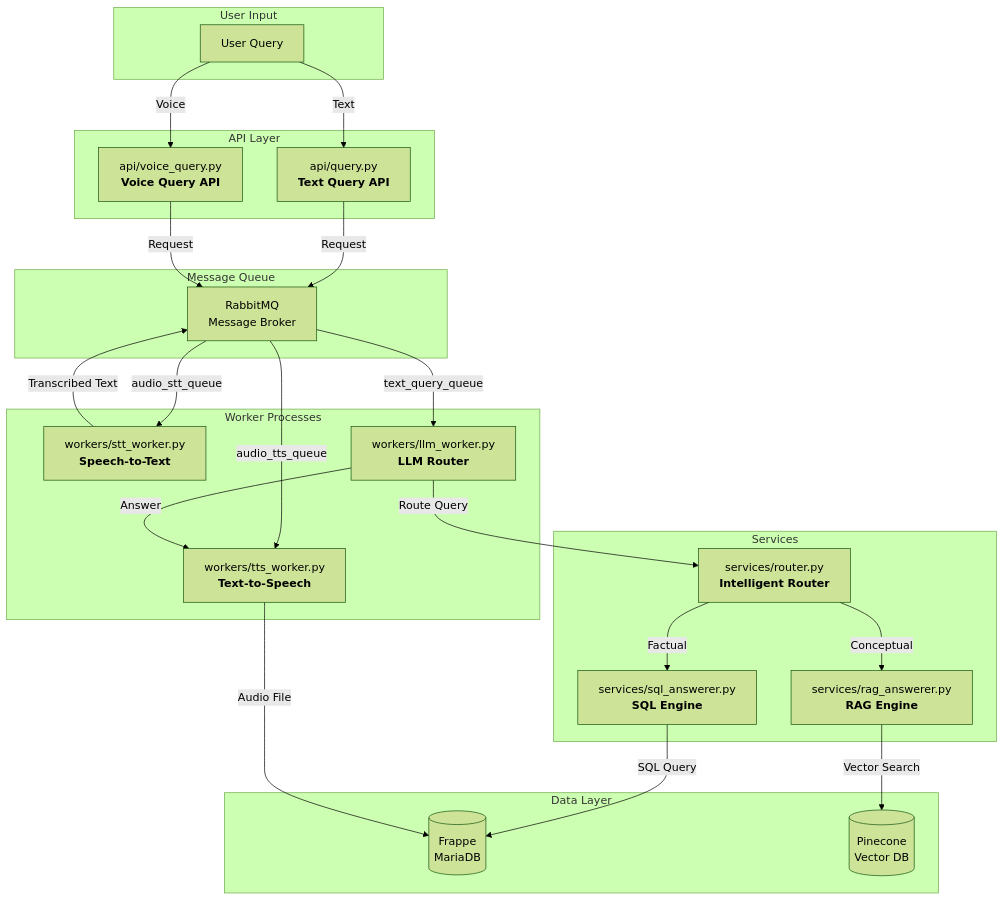
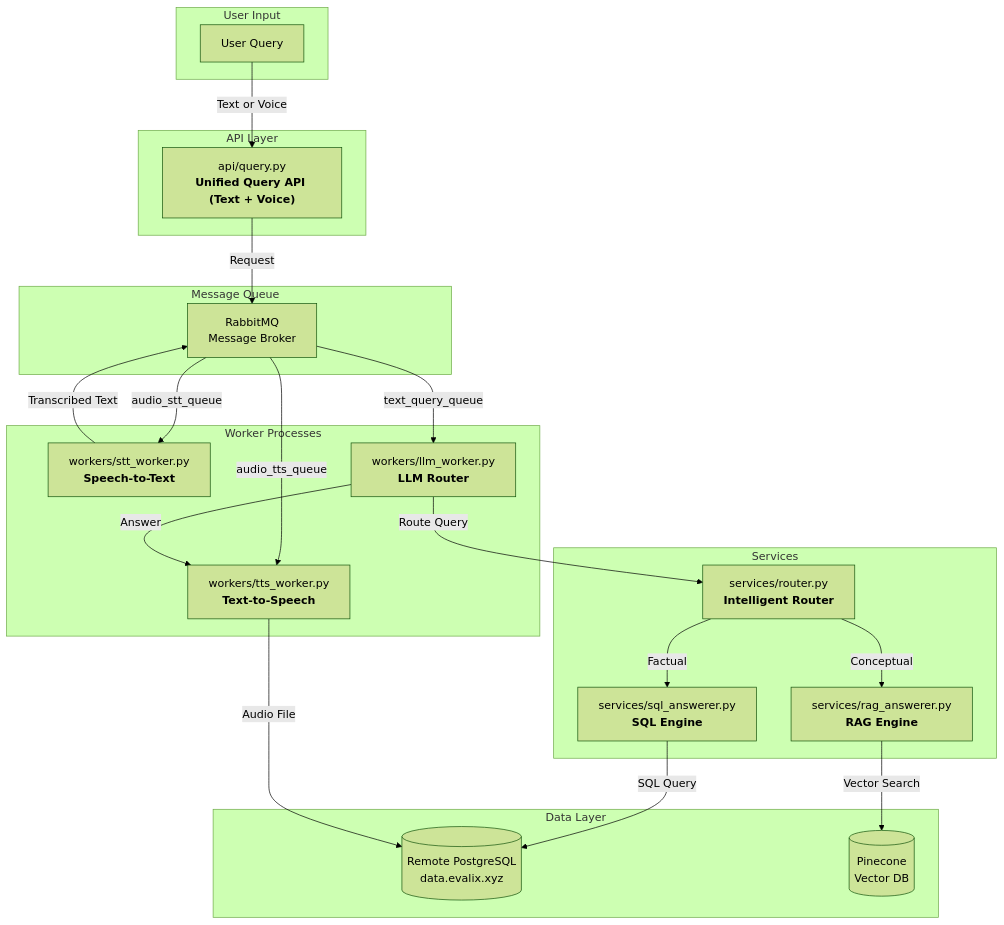
One commit to theapprenticeproject/Ai changed the first of 3 diagrams in README.md. Above: the diagram before and after it, drawn with Mermaid (forest theme). The commit also changed other lines of this file, not shown here.

````diff
--- a/README.md
+++ b/README.md
@@ -78,53 +82,49 @@
 ```mermaid
 graph TD
     subgraph "User Input"
         User[User Query]
     end
 
     subgraph "API Layer"
-        QueryAPI["api/query.py<br><b>Text Query API</b>"]
-        VoiceQueryAPI["api/voice_query.py<br><b>Voice Query API</b>"]
+      QueryAPI["api/query.py<br><b>Unified Query API (Text + Voice)</b>"]
     end
 
     subgraph "Message Queue"
         RabbitMQ["RabbitMQ<br>Message Broker"]
     end
 
     subgraph "Worker Processes"
         STTWorker["workers/stt_worker.py<br><b>Speech-to-Text</b>"]
         LLMWorker["workers/llm_worker.py<br><b>LLM Router</b>"]
         TTSWorker["workers/tts_worker.py<br><b>Text-to-Speech</b>"]
     end
 
     subgraph "Services"
         Router["services/router.py<br><b>Intelligent Router</b>"]
         SQL["services/sql_answerer.py<br><b>SQL Engine</b>"]
         RAG["services/rag_answerer.py<br><b>RAG Engine</b>"]
     end
 
     subgraph "Data Layer"
-        MariaDB[(Frappe<br>MariaDB)]
+      PostgresDB[(Remote PostgreSQL<br>data.evalix.xyz)]
         PineconeDB[(Pinecone<br>Vector DB)]
     end
 
-    User -->|Text| QueryAPI
-    User -->|Voice| VoiceQueryAPI
-
+    User -->|Text or Voice| QueryAPI
     QueryAPI -->|Request| RabbitMQ
-    VoiceQueryAPI -->|Request| RabbitMQ
-
+    
     RabbitMQ -->|audio_stt_queue| STTWorker
     RabbitMQ -->|text_query_queue| LLMWorker
     RabbitMQ -->|audio_tts_queue| TTSWorker
-
+    
     STTWorker -->|Transcribed Text| RabbitMQ
     LLMWorker -->|Route Query| Router
     Router -->|Factual| SQL
     Router -->|Conceptual| RAG
-
-    SQL -->|SQL Query| MariaDB
+    
+    SQL -->|SQL Query| PostgresDB
     RAG -->|Vector Search| PineconeDB
-
+    
     LLMWorker -->|Answer| TTSWorker
-    TTSWorker -->|Audio File| MariaDB
+    TTSWorker -->|Audio File| PostgresDB
 ```
````
